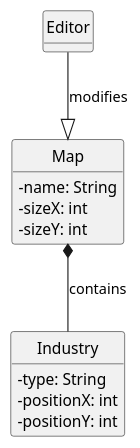
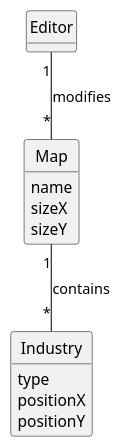
Before and after one commit to goncalolopesp/sem2-pi-24.25-g093-repo: the diagram in docs/system-documentation/US002/02.analysis/puml/US002-DM.puml, drawn with PlantUML. The commit also changed 6 other files, not shown here.

```diff
--- a/docs/system-documentation/US002/02.analysis/puml/US002-DM.puml
+++ b/docs/system-documentation/US002/02.analysis/puml/US002-DM.puml
@@ -1,38 +1,31 @@
 @startuml
 skinparam monochrome true
 skinparam packageStyle rectangle
 skinparam shadowing false
 
 'left to right direction
 
 skinparam classAttributeIconSize 0
 
 hide circle
 hide methods
 
 'title Domain Model
 
 
 class Map {
-    - name: String
-    - sizeX: int
-    - sizeY: int
-    + addIndustry(industry: Industry, x: int, y: int)
+    name
+    sizeX
+    sizeY
 }
 
 class Industry {
-    - type: String
-    - positionX: int
-    - positionY: int
-    + setType(type: String)
-    + setPosition(x: int, y: int)
+    type
+    positionX
+    positionY
 }
 
-class Editor {
-    + placeIndustry(map: Map, industry: Industry, x: int, y: int)
-}
-
-Editor --|> Map : modifies
-Map *-- Industry : contains
+Editor "1"--"*" Map : modifies
+Map "1"--"*" Industry : contains
 
 @enduml
```
